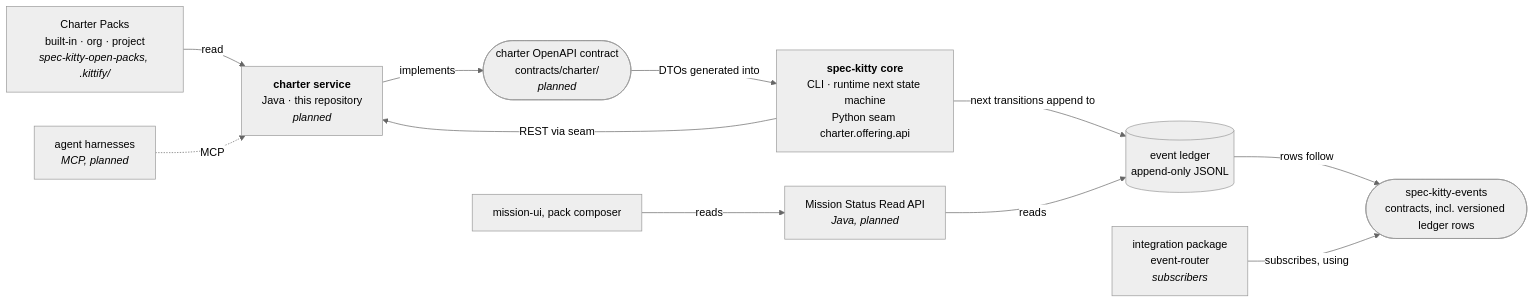
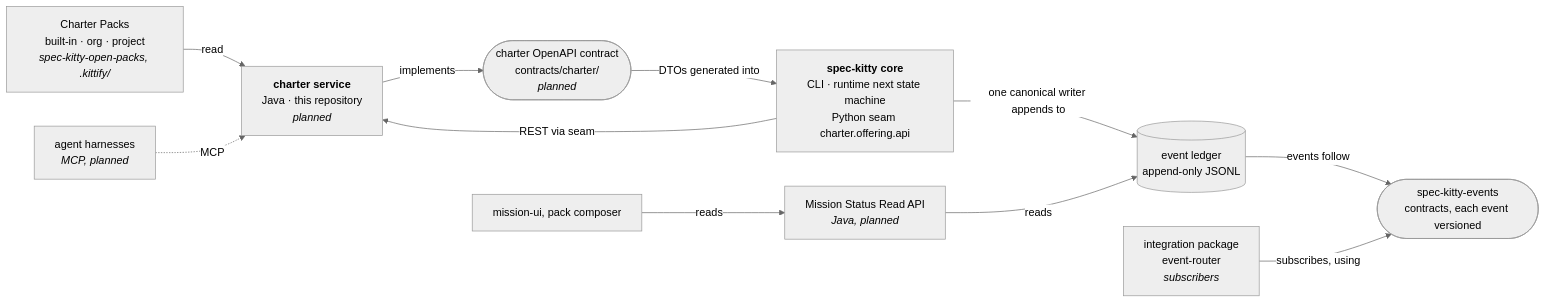
One commit to spec-kitty/spec-kitty-charter changed the diagram in docs/context/system-context.md. Above: the diagram before and after it, drawn with Mermaid (neutral theme). The commit also changed other lines of this file and 7 other files, not shown here.

First line of the commit message:
docs: route events through the core's one canonical event writer

````diff
--- a/docs/context/system-context.md
+++ b/docs/context/system-context.md
@@ -24,24 +24,24 @@
 ```mermaid
 flowchart LR
   packs["Charter Packs<br/>built-in · org · project<br/><i>spec-kitty-open-packs, .kittify/</i>"]
   charter["<b>charter service</b><br/>Java · this repository<br/><i>planned</i>"]
   contract(["charter OpenAPI contract<br/>contracts/charter/<br/><i>planned</i>"])
   core["<b>spec-kitty core</b><br/>CLI · runtime next state machine<br/>Python seam charter.offering.api"]
   agents["agent harnesses<br/><i>MCP, planned</i>"]
   ledger[("event ledger<br/>append-only JSONL")]
-  events(["spec-kitty-events<br/>contracts, incl. versioned ledger rows"])
+  events(["spec-kitty-events<br/>contracts, each event versioned"])
   router["integration package<br/>event-router<br/><i>subscribers</i>"]
   mstatus["Mission Status Read API<br/><i>Java, planned</i>"]
   ui["mission-ui, pack composer"]
 
   packs -->|read| charter
   charter -->|implements| contract
   contract -->|DTOs generated into| core
   core -->|REST via seam| charter
   agents -.->|MCP| charter
-  core -->|next transitions append to| ledger
-  ledger -->|rows follow| events
+  core -->|one canonical writer appends to| ledger
+  ledger -->|events follow| events
   router -->|subscribes, using| events
   mstatus -->|reads| ledger
   ui -->|reads| mstatus
 ```
````
